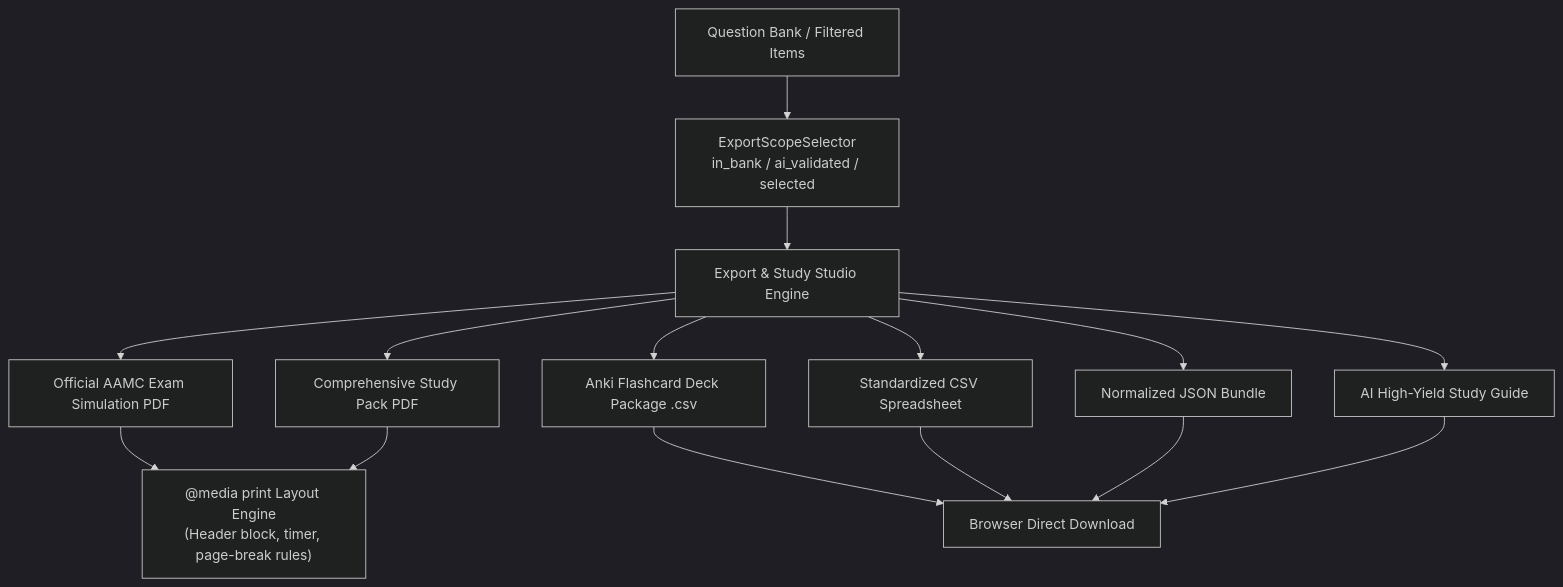
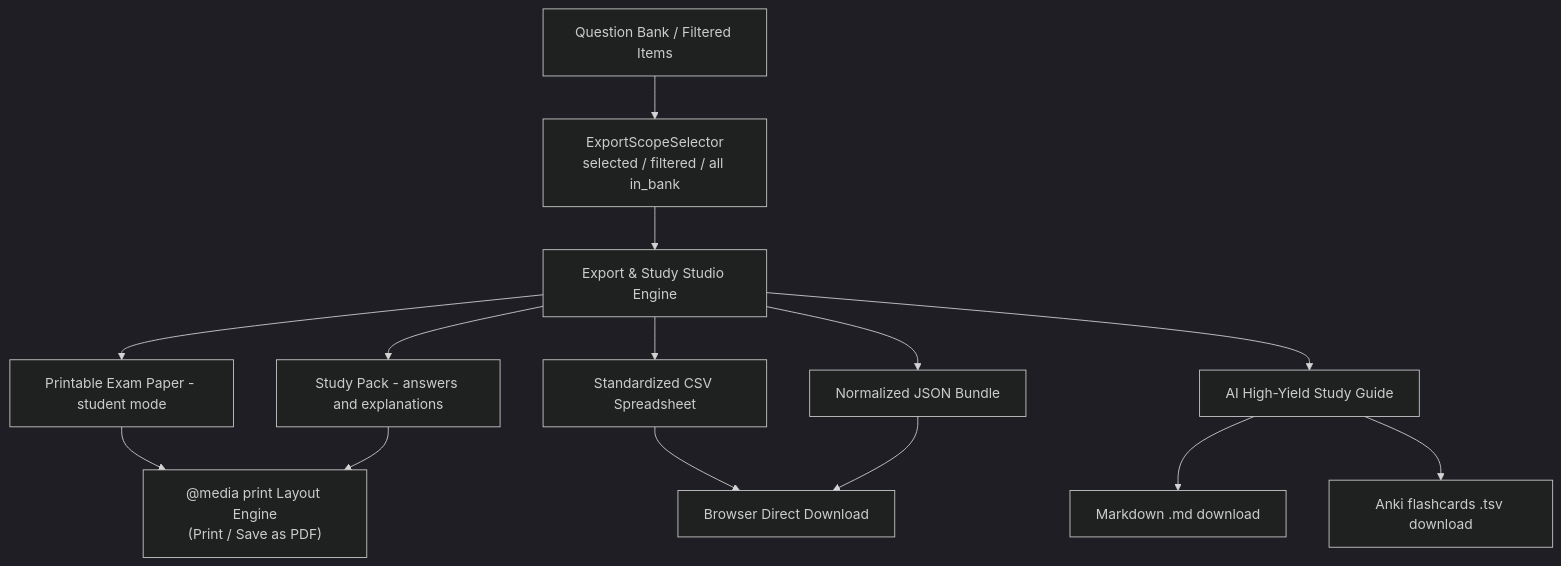
Diagram 13 of 15 in docs/ARCHITECTURE.md (VishwamPatel-Infynno/Question-Bank-Generator), drawn with Mermaid (dark theme) before and after one commit. The commit also changed other lines of this file and 24 other files, not shown here.

Commit message:
docs: comprehensive documentation synchronization, architecture alignment, and glossary addition

````diff
--- a/docs/ARCHITECTURE.md
+++ b/docs/ARCHITECTURE.md
@@ -1036,19 +1115,18 @@
 ```mermaid
 graph TD
-    QB[Question Bank / Filtered Items] --> Scope[ExportScopeSelector<br>in_bank / ai_validated / selected]
+    QB[Question Bank / Filtered Items] --> Scope[ExportScopeSelector<br>selected / filtered / all in_bank]
     Scope --> Studio[Export & Study Studio Engine]
-    
-    Studio --> PDF[Official AAMC Exam Simulation PDF]
-    Studio --> StudyPack[Comprehensive Study Pack PDF]
-    Studio --> Anki[Anki Flashcard Deck Package .csv]
+
+    Studio --> PDF[Printable Exam Paper - student mode]
+    Studio --> StudyPack[Study Pack - answers and explanations]
     Studio --> CSV[Standardized CSV Spreadsheet]
     Studio --> JSON[Normalized JSON Bundle]
     Studio --> Guide[AI High-Yield Study Guide]
-    
-    PDF --> PrintStyles["@media print Layout Engine<br>(Header block, timer, page-break rules)"]
+
+    PDF --> PrintStyles["@media print Layout Engine<br>(Print / Save as PDF)"]
     StudyPack --> PrintStyles
-    Anki --> BrowserDL[Browser Direct Download]
-    CSV --> BrowserDL
+    CSV --> BrowserDL[Browser Direct Download]
     JSON --> BrowserDL
-    Guide --> BrowserDL
+    Guide --> MD[Markdown .md download]
+    Guide --> Anki[Anki flashcards .tsv download]
 ```
````
